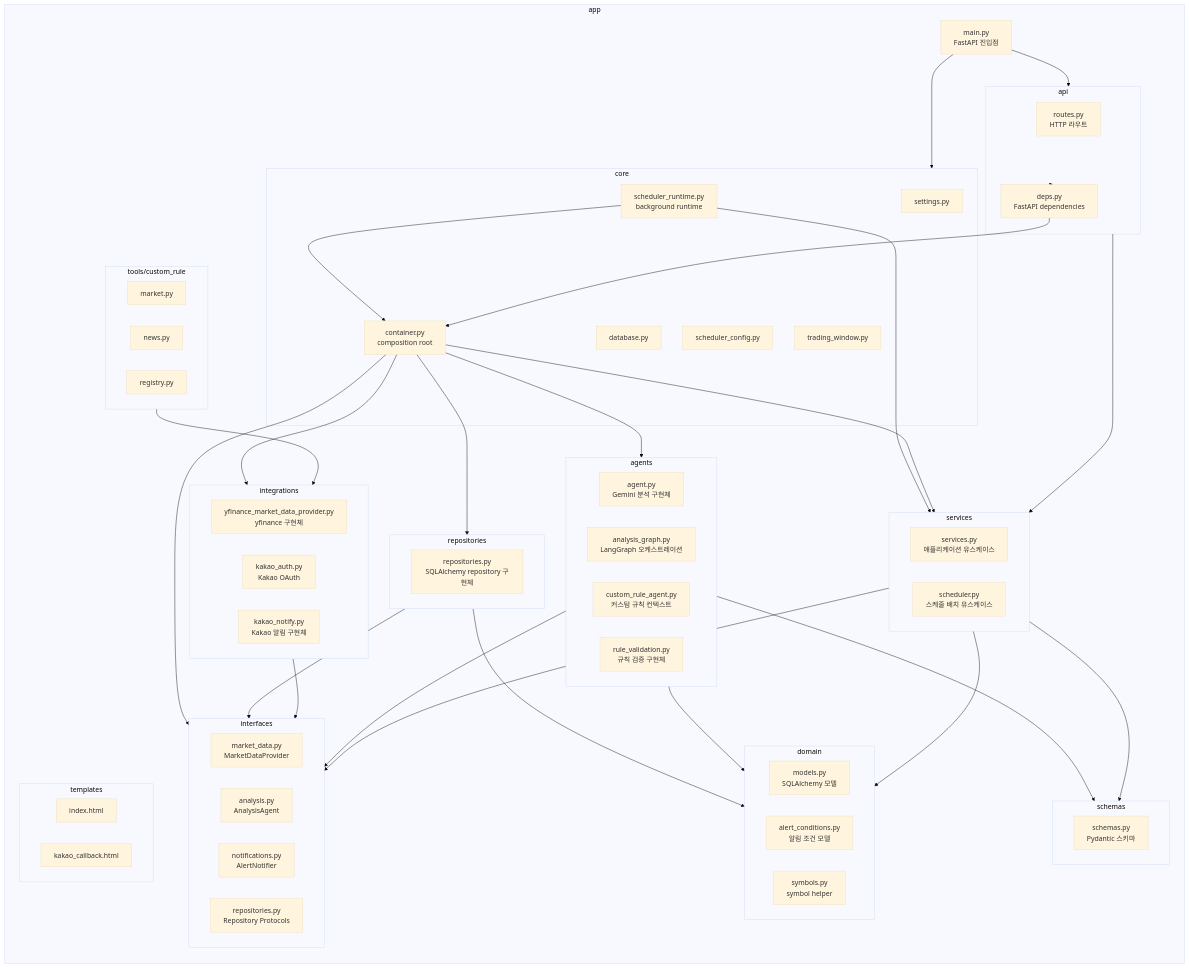
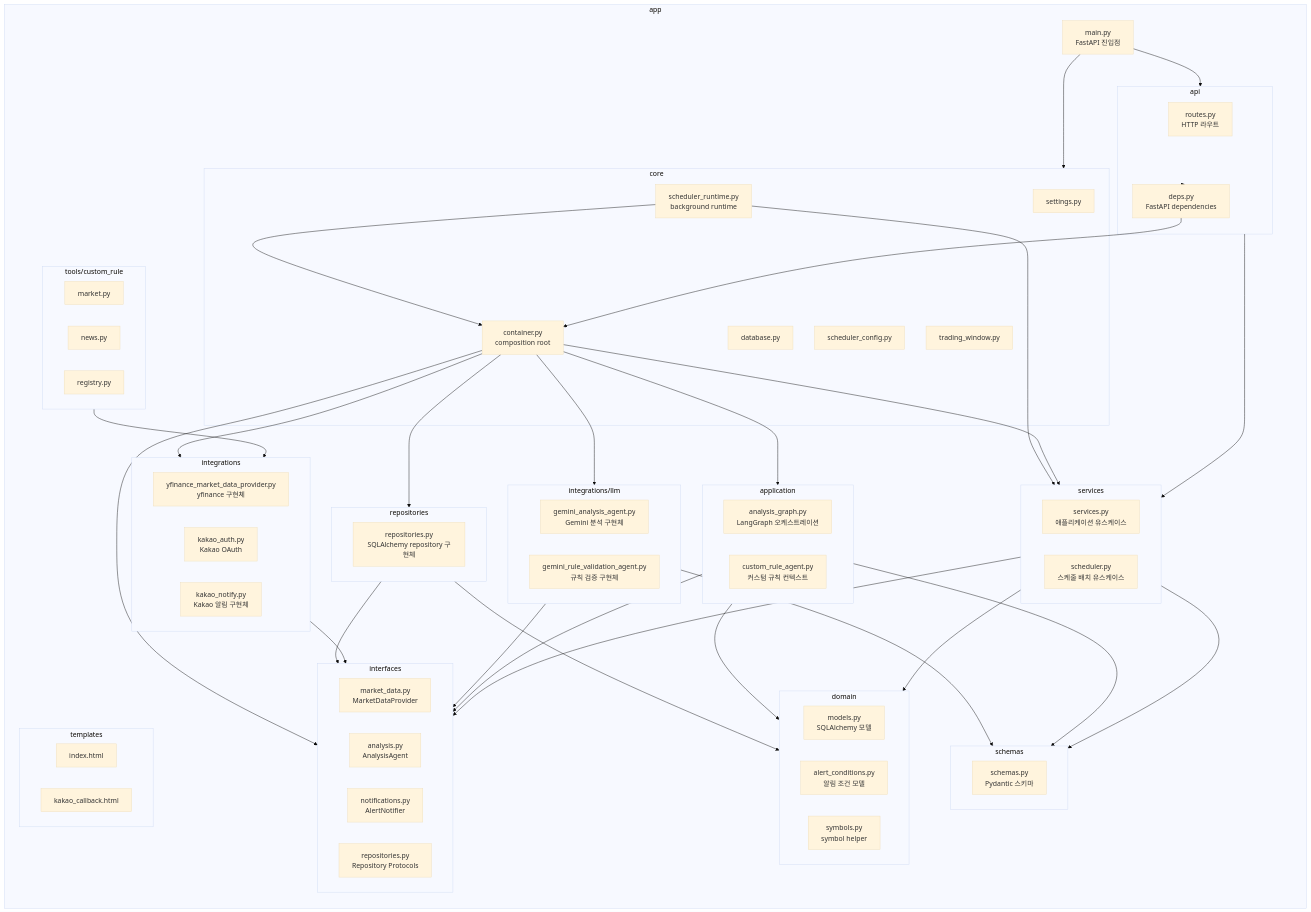
Before and after one commit to PhilPark-geosr/stock-agent: the diagram in docs/pr_12_organize_backend.md, drawn with Mermaid (base theme). The commit also changed other lines of this file and 18 other files, not shown here.

Commit message:
refactor: split application workflows from llm adapters

````diff
--- a/docs/pr_12_organize_backend.md
+++ b/docs/pr_12_organize_backend.md
@@ -142,11 +142,14 @@
       REPOSITORIES_FILE["repositories.py<br/>SQLAlchemy repository 구현체"]
     end
 
-    subgraph AGENTS["agents"]
-      AGENT["agent.py<br/>Gemini 분석 구현체"]
+    subgraph APPLICATION["application"]
       ANALYSIS_GRAPH["analysis_graph.py<br/>LangGraph 오케스트레이션"]
       CUSTOM_RULE_AGENT["custom_rule_agent.py<br/>커스텀 규칙 컨텍스트"]
-      RULE_VALIDATION["rule_validation.py<br/>규칙 검증 구현체"]
+    end
+
+    subgraph LLM["integrations/llm"]
+      AGENT["gemini_analysis_agent.py<br/>Gemini 분석 구현체"]
+      RULE_VALIDATION["gemini_rule_validation_agent.py<br/>규칙 검증 구현체"]
     end
 
     subgraph INTEGRATIONS["integrations"]
@@ -174,9 +177,11 @@
   SERVICES --> INTERFACES
   SERVICES --> DOMAIN
   SERVICES --> SCHEMAS
-  AGENTS --> INTERFACES
-  AGENTS --> DOMAIN
-  AGENTS --> SCHEMAS
+  APPLICATION --> INTERFACES
+  APPLICATION --> DOMAIN
+  APPLICATION --> SCHEMAS
+  LLM --> INTERFACES
+  LLM --> SCHEMAS
   INTEGRATIONS --> INTERFACES
   REPOSITORIES --> INTERFACES
   REPOSITORIES --> DOMAIN
@@ -186,7 +191,8 @@
   CONTAINER --> INTERFACES
   CONTAINER --> REPOSITORIES
   CONTAINER --> INTEGRATIONS
-  CONTAINER --> AGENTS
+  CONTAINER --> APPLICATION
+  CONTAINER --> LLM
   SCHEDULER_RUNTIME --> CONTAINER
   SCHEDULER_RUNTIME --> SERVICES
 ```
````
